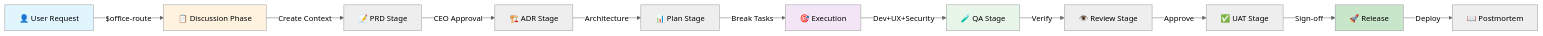
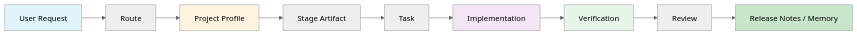
The first of 11 diagrams in README.md (avalla/ai-office), drawn with Mermaid (neutral theme) before and after one commit. The commit also changed other lines of this file and 254 other files, not shown here.

````diff
--- a/README.md
+++ b/README.md
@@ -24,19 +24,17 @@
 ```mermaid
 graph LR
-    A[👤 User Request] -->|$office-route| B[📋 Discussion Phase]
-    B -->|Create Context| C[📝 PRD Stage]
-    C -->|CEO Approval| D[🏗️ ADR Stage]
-    D -->|Architecture| E[📊 Plan Stage]
-    E -->|Break Tasks| F[🎯 Execution]
-    F -->|Dev+UX+Security| G[🧪 QA Stage]
-    G -->|Verify| H[👁️ Review Stage]
-    H -->|Approve| I[✅ UAT Stage]
-    I -->|Sign-off| J[🚀 Release]
-    J -->|Deploy| K[📖 Postmortem]
+    A[User Request] --> B[Route]
+    B --> C[Project Profile]
+    C --> D[Stage Artifact]
+    D --> E[Task]
+    E --> F[Implementation]
+    F --> G[Verification]
+    G --> H[Review]
+    H --> I[Release Notes / Memory]
 
     style A fill:#e1f5ff
-    style B fill:#fff3e0
+    style C fill:#fff3e0
     style F fill:#f3e5f5
     style G fill:#e8f5e9
-    style J fill:#c8e6c9
+    style I fill:#c8e6c9
 ```
````
